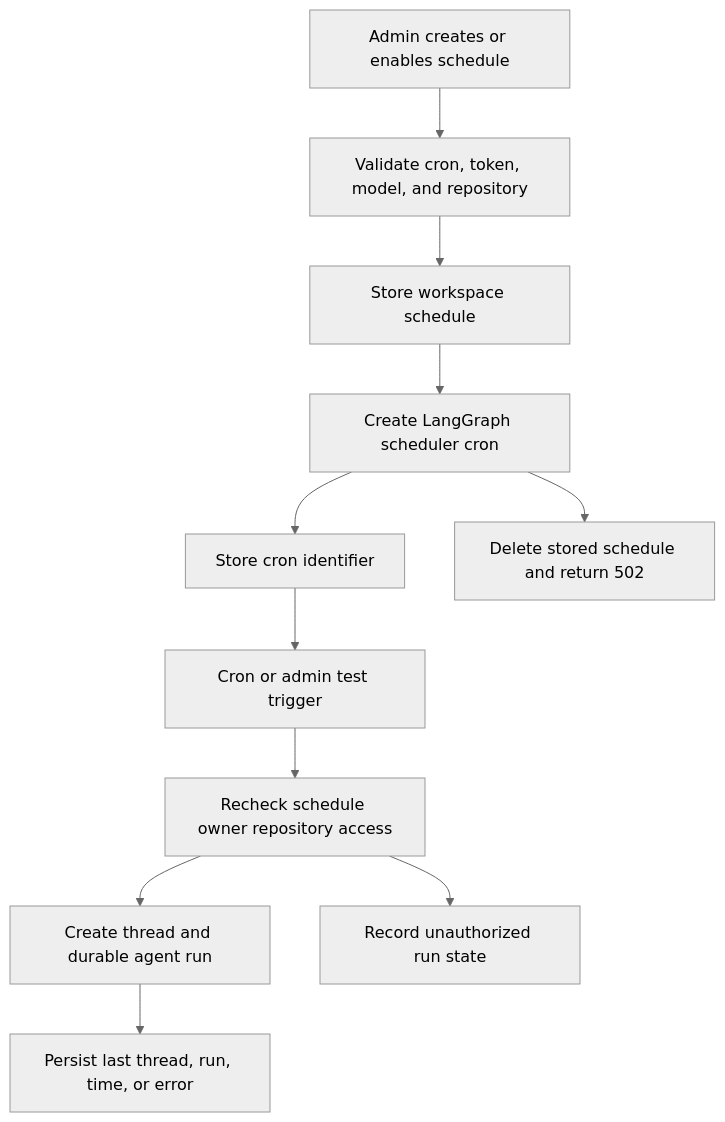
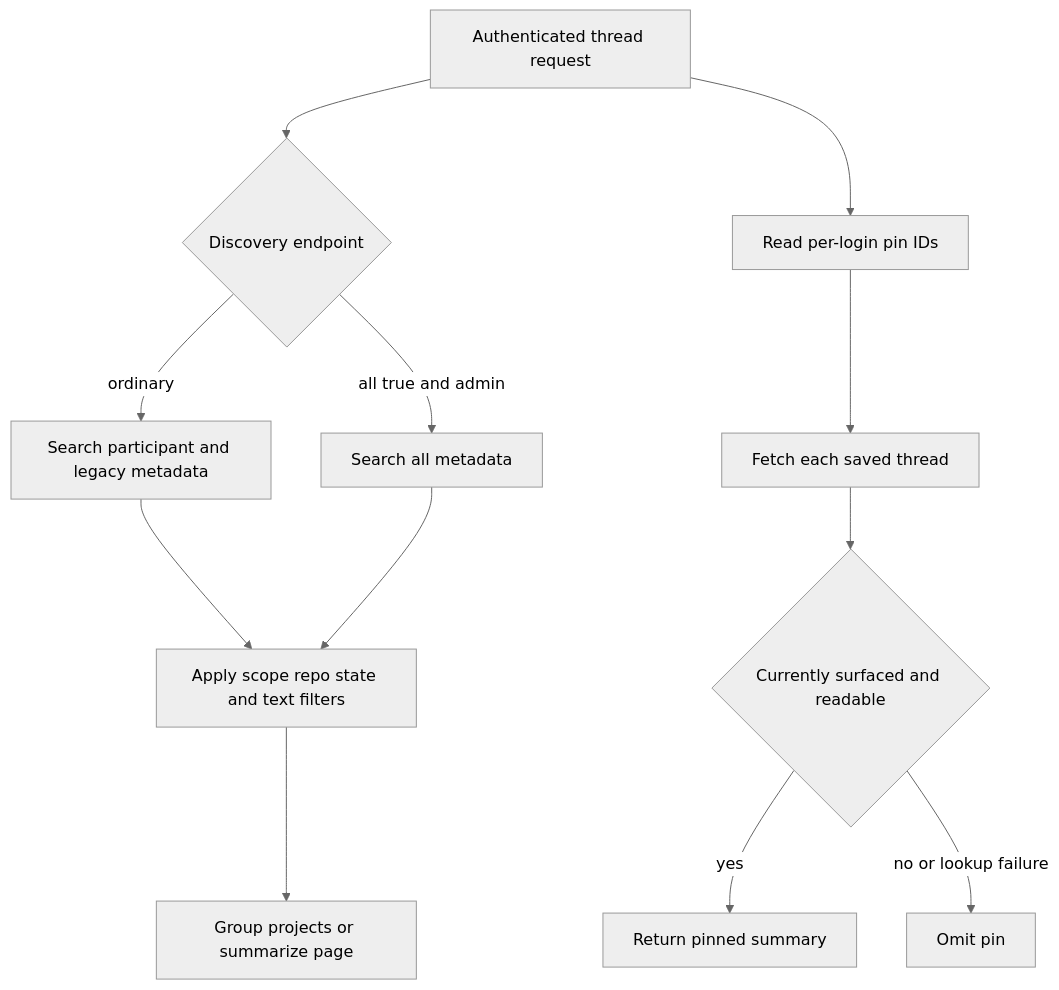
Before and after one commit to langchain-ai/open-swe: the second of 2 diagrams in openwiki/integrations/dashboard-ui.md, drawn with Mermaid (neutral theme). The commit also changed other lines of this file and 21 other files, not shown here.

````diff
--- a/openwiki/integrations/dashboard-ui.md
+++ b/openwiki/integrations/dashboard-ui.md
@@ -116,13 +103,14 @@
 ```mermaid
 flowchart TD
-    Create["Admin creates or enables schedule"] --> Validate["Validate cron, token, model, and repository"]
-    Validate --> Persist["Store workspace schedule"]
-    Persist --> Cron["Create LangGraph scheduler cron"]
-    Cron --> Ready["Store cron identifier"]
-    Cron --> Failed["Delete stored schedule and return 502"]
-    Ready --> Trigger["Cron or admin test trigger"]
-    Trigger --> Access["Recheck schedule owner repository access"]
-    Access --> Run["Create thread and durable agent run"]
-    Access --> Denied["Record unauthorized run state"]
-    Run --> State["Persist last thread, run, time, or error"]
+    Request["Authenticated thread request"] --> Listing{"Discovery endpoint"}
+    Listing -->|"ordinary"| Participants["Search participant and legacy metadata"]
+    Listing -->|"all true and admin"| Broad["Search all metadata"]
+    Participants --> Filters["Apply scope repo state and text filters"]
+    Broad --> Filters
+    Filters --> Projects["Group projects or summarize page"]
+    Request --> Pins["Read per-login pin IDs"]
+    Pins --> Fetch["Fetch each saved thread"]
+    Fetch --> Readable{"Currently surfaced and readable"}
+    Readable -->|"yes"| Pinned["Return pinned summary"]
+    Readable -->|"no or lookup failure"| Omit["Omit pin"]
 ```
````
